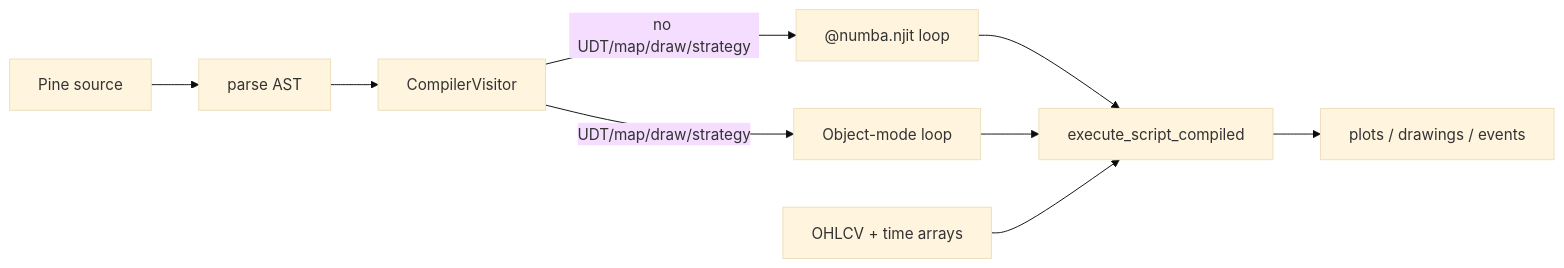
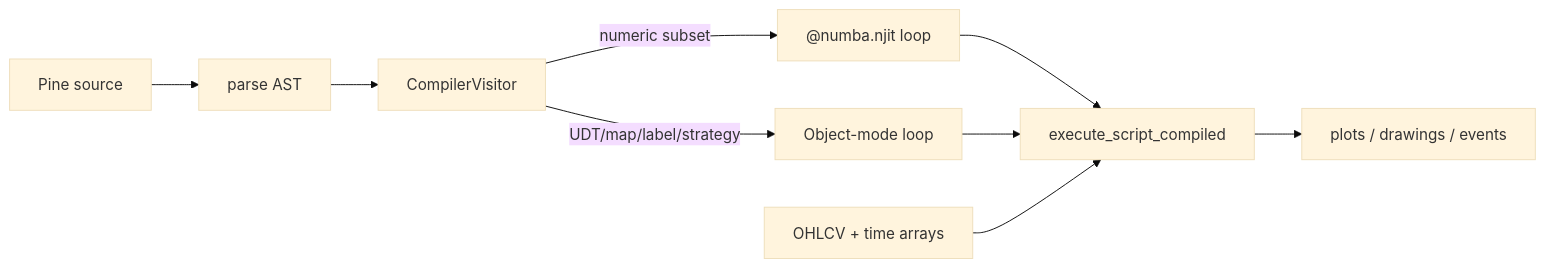
The diagram in docs/pyne/runtime/compiler/overview.mdx (hoox-sh/pyne), drawn with Mermaid (base theme) before and after one commit. The commit also changed other lines of this file and 101 other files, not shown here.

````diff
--- a/docs/pyne/runtime/compiler/overview.mdx
+++ b/docs/pyne/runtime/compiler/overview.mdx
@@ -37,11 +37,11 @@
 ```mermaid
 flowchart LR
   Pine[Pine source] --> Parse[parse AST]
   Parse --> CV[CompilerVisitor]
-  CV -->|no UDT/map/draw/strategy| Num["@numba.njit loop"]
-  CV -->|UDT/map/draw/strategy| Obj[Object-mode loop]
+  CV -->|numeric subset| Num["@numba.njit loop"]
+  CV -->|UDT/map/label/strategy| Obj[Object-mode loop]
   Num --> Exec[execute_script_compiled]
   Obj --> Exec
   OHLCV[OHLCV + time arrays] --> Exec
   Exec --> Out[plots / drawings / events]
 ```
````
